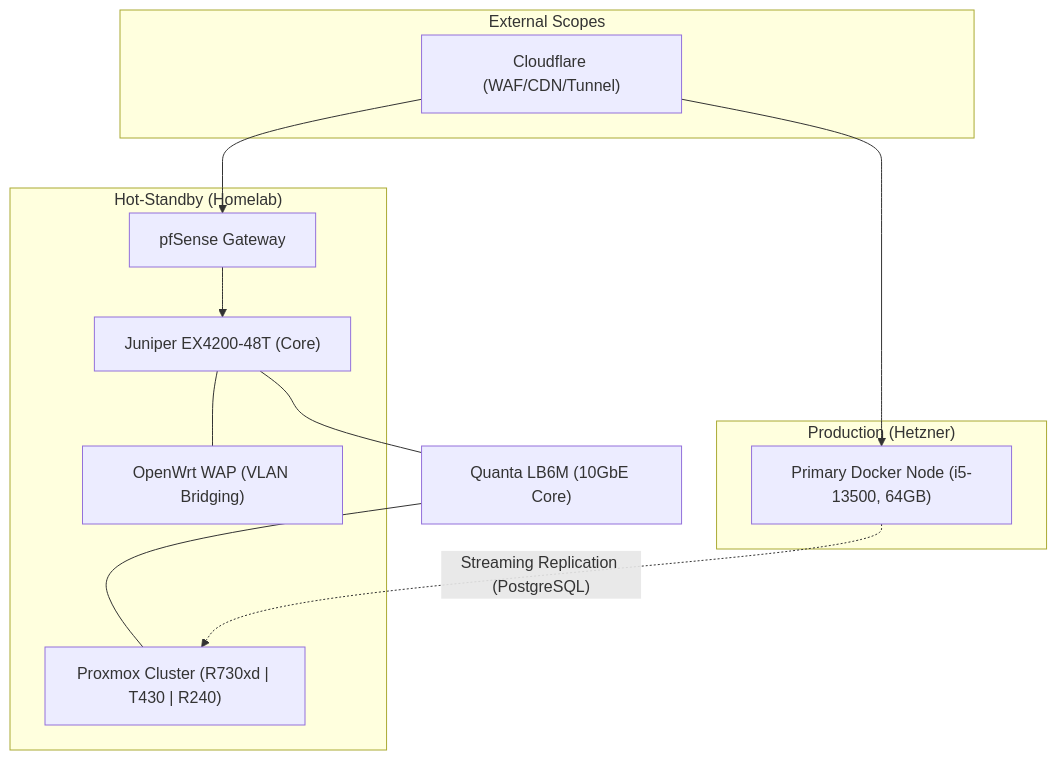
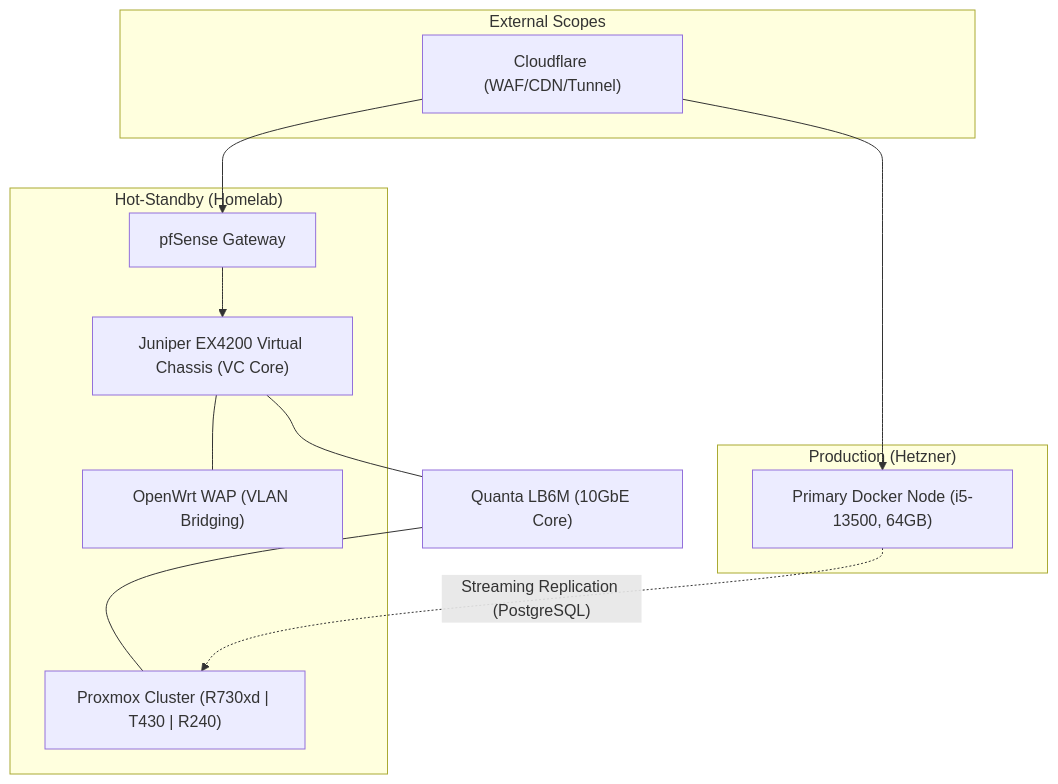
Before and after one commit to Labontese/labontese: the diagram in README.md, drawn with Mermaid. The commit also changed other lines of this file, not shown here.

Commit message:
Update profile with detailed enterprise infrastructure and VLANs

````diff
--- a/README.md
+++ b/README.md
@@ -9,25 +9,25 @@
 ```mermaid
 graph TD
     subgraph "External Scopes"
         CF["Cloudflare (WAF/CDN/Tunnel)"]
     end
 
     subgraph "Production (Hetzner)"
         HZ["Primary Docker Node (i5-13500, 64GB)"]
     end
 
     subgraph "Hot-Standby (Homelab)"
         PF["pfSense Gateway"]
-        JN["Juniper EX4200-48T (Core)"]
+        JN["Juniper EX4200 Virtual Chassis (VC Core)"]
         PV["Proxmox Cluster (R730xd | T430 | R240)"]
         OW["OpenWrt WAP (VLAN Bridging)"]
     end
 
     CF --> HZ
     CF --> PF
     PF --> JN
     JN --- LB6["Quanta LB6M (10GbE Core)"]
     LB6 --- PV
     JN --- OW
     HZ -. "Streaming Replication (PostgreSQL)" .-> PV
 ```
````
